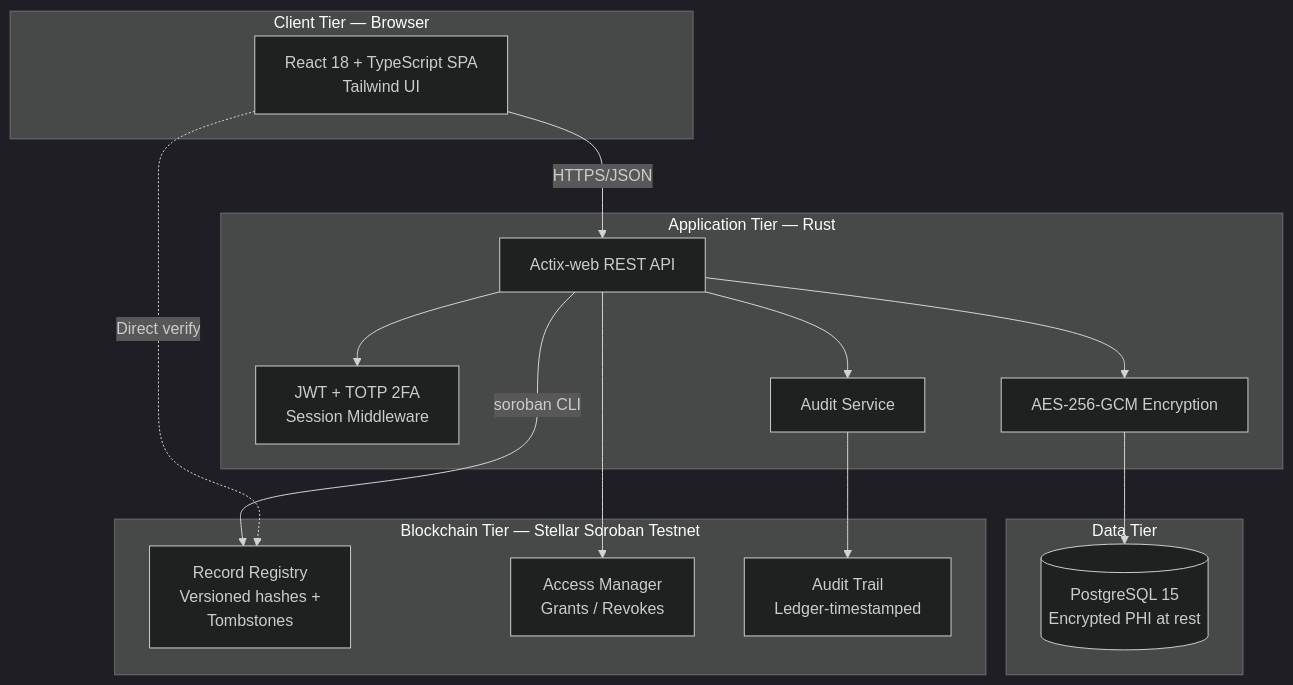
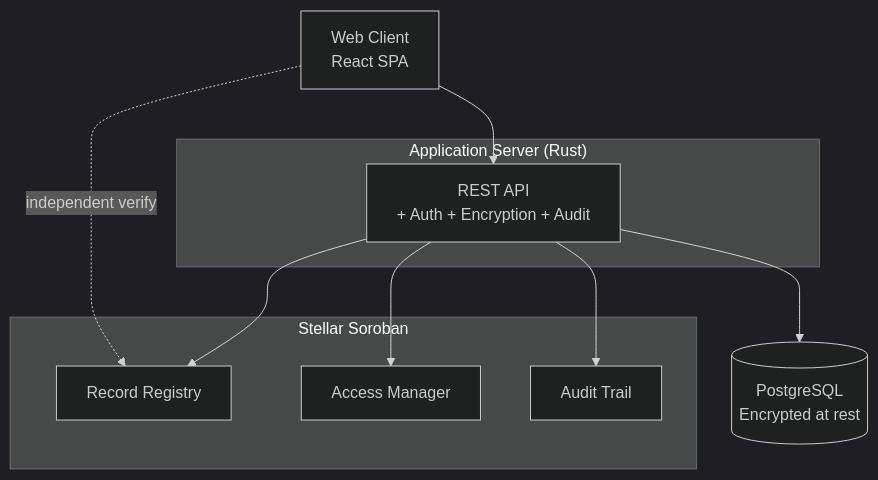
One commit to justrhey/capstone changed the second of 9 diagrams in ehr-blockchain/docs/chapter3-diagrams.md. Above: the diagram before and after it, drawn with Mermaid (dark theme). The commit also changed other lines of this file and 173 other files, not shown here.

````diff
--- a/ehr-blockchain/docs/chapter3-diagrams.md
+++ b/ehr-blockchain/docs/chapter3-diagrams.md
@@ -31,32 +30,23 @@
 ```mermaid
 flowchart TB
-    subgraph CLIENT["Client Tier — Browser"]
-        UI[React 18 + TypeScript SPA<br/>Tailwind UI]
+    UI[Web Client<br/>React SPA]
+
+    subgraph APP["Application Server (Rust)"]
+        API[REST API<br/>+ Auth + Encryption + Audit]
     end
 
-    subgraph APP["Application Tier — Rust"]
-        API[Actix-web REST API]
-        AUTH[JWT + TOTP 2FA<br/>Session Middleware]
-        ENC[AES-256-GCM Encryption]
-        AUD[Audit Service]
+    DB[(PostgreSQL<br/>Encrypted at rest)]
+
+    subgraph CHAIN["Stellar Soroban"]
+        RR[Record Registry]
+        AM[Access Manager]
+        AT[Audit Trail]
     end
 
-    subgraph DATA["Data Tier"]
-        DB[(PostgreSQL 15<br/>Encrypted PHI at rest)]
-    end
-
-    subgraph CHAIN["Blockchain Tier — Stellar Soroban Testnet"]
-        RR[Record Registry<br/>Versioned hashes +<br/>Tombstones]
-        AM[Access Manager<br/>Grants / Revokes]
-        AT[Audit Trail<br/>Ledger-timestamped]
-    end
-
-    UI -- HTTPS/JSON --> API
-    API --> AUTH
-    API --> ENC --> DB
-    API --> AUD
-    API -- soroban CLI --> RR
+    UI --> API
+    API --> DB
+    API --> RR
     API --> AM
-    AUD --> AT
-    UI -. Direct verify .-> RR
+    API --> AT
+    UI -. independent verify .-> RR
 ```
````
